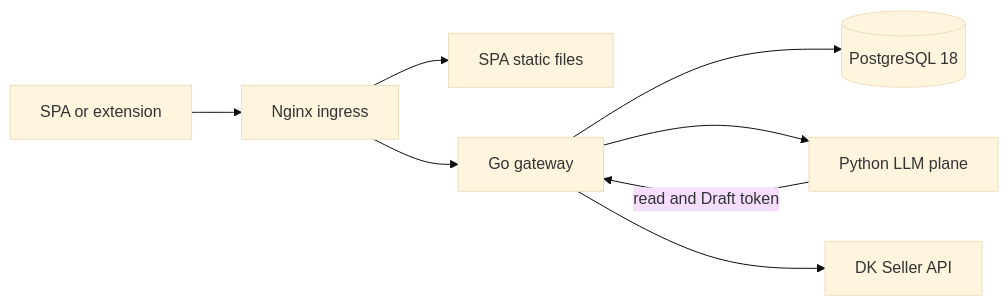
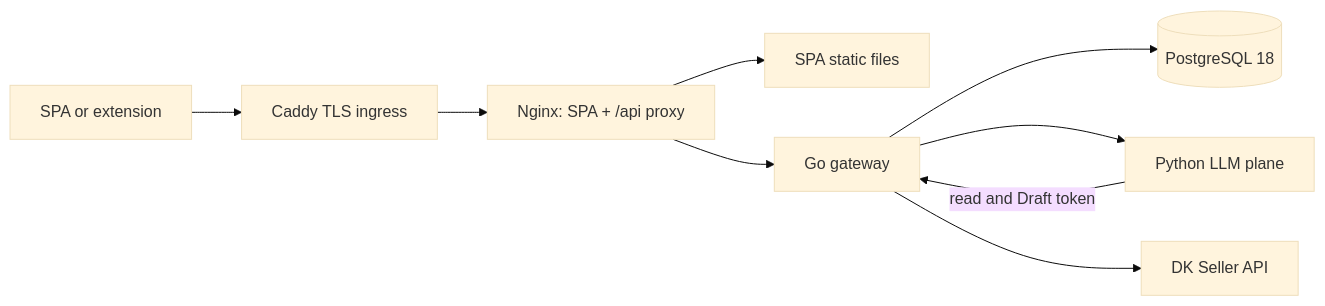
One commit to mhosseinab/market-ops changed the diagram in DEPLOYMENT.md. Above: the diagram before and after it, drawn with Mermaid (base theme). The commit also changed other lines of this file and 7 other files, not shown here.

````diff
--- a/DEPLOYMENT.md
+++ b/DEPLOYMENT.md
@@ -24,10 +29,11 @@
 ```mermaid
 flowchart LR
-    Browser[SPA or extension] --> Nginx[Nginx ingress]
+    Browser[SPA or extension] --> Caddy[Caddy TLS ingress]
+    Caddy --> Nginx[Nginx: SPA + /api proxy]
     Nginx --> Web[SPA static files]
     Nginx --> Core[Go gateway]
     Core --> DB[(PostgreSQL 18)]
     Core --> LLM[Python LLM plane]
     LLM -->|read and Draft token| Core
     Core --> DK[DK Seller API]
 ```
````
